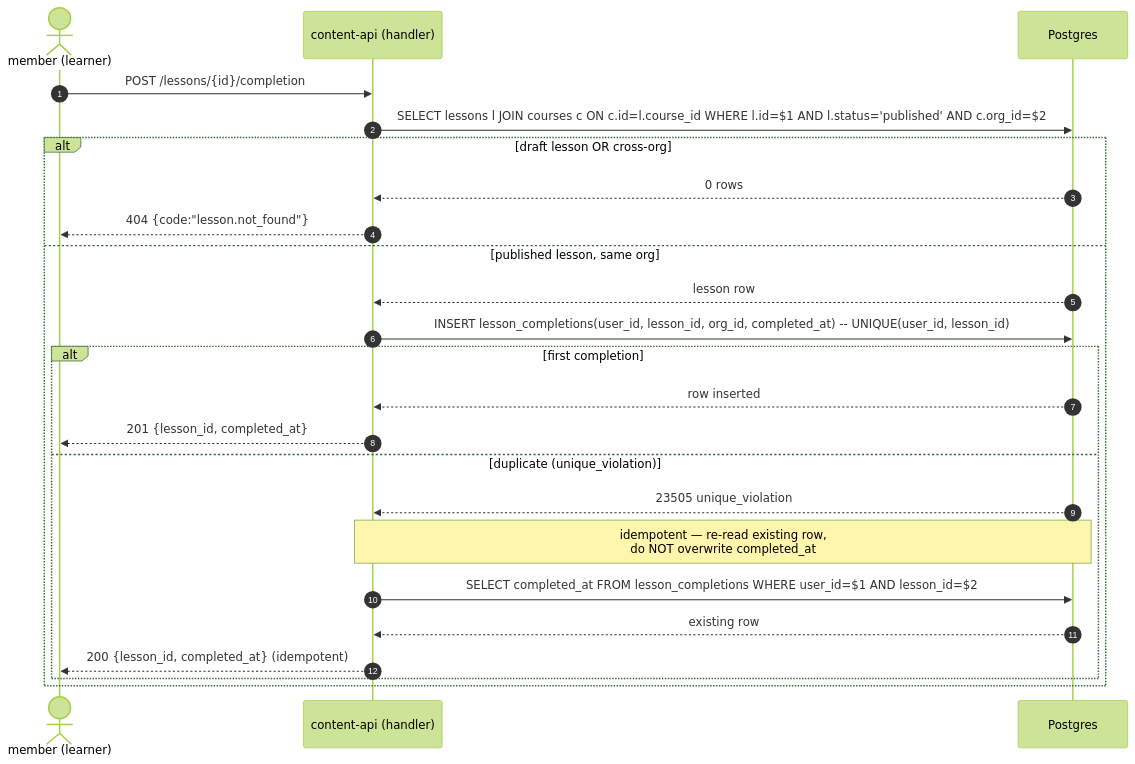
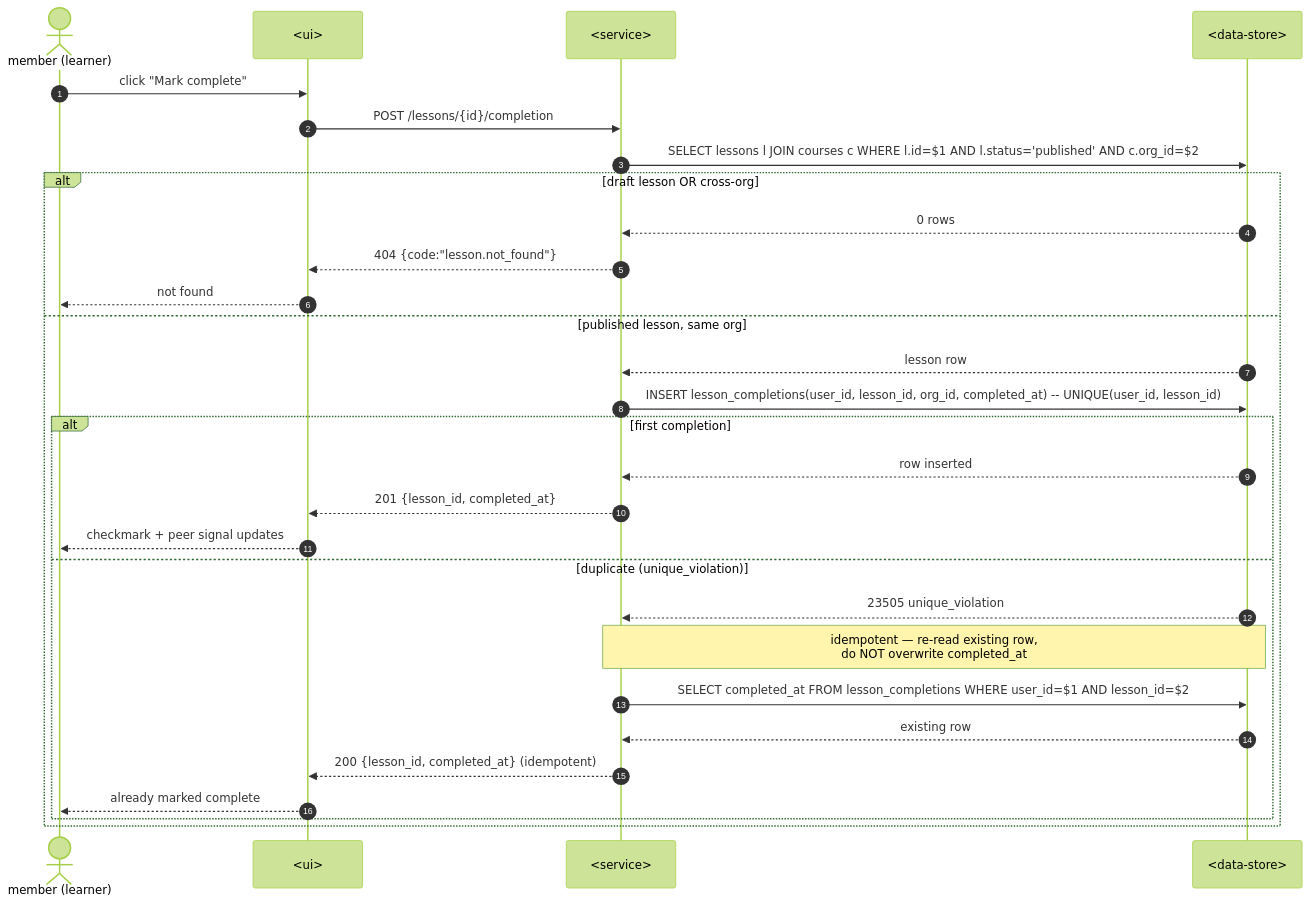
The eighth of 13 diagrams in modules/6-sdlc/sdlc/examples/course-lesson-mvp/sad.md (genkovich/agentic-engineering-course-public), drawn with Mermaid (forest theme) before and after one commit. The commit also changed other lines of this file and 139 other files, not shown here.

First line of the commit message:
sdlc: синк плагіна до v4.5.1 (21 skill, agents, map-architecture)

````diff
--- a/modules/6-sdlc/sdlc/examples/course-lesson-mvp/sad.md
+++ b/modules/6-sdlc/sdlc/examples/course-lesson-mvp/sad.md
@@ -346,28 +384,32 @@
 ```mermaid
 sequenceDiagram
     autonumber
     actor LRN as member (learner)
-    participant API as content-api (handler)
-    participant DB as Postgres
+    participant UI as <ui>
+    participant SVC as <service>
+    participant DS as <data-store>
 
-    %% TODO: align with openapi.yaml — POST /lessons/{id}/completion not yet in contract
-    LRN->>API: POST /lessons/{id}/completion
-    API->>DB: SELECT lessons l JOIN courses c ON c.id=l.course_id WHERE l.id=$1 AND l.status='published' AND c.org_id=$2
+    LRN->>UI: click "Mark complete"
+    UI->>SVC: POST /lessons/{id}/completion
+    SVC->>DS: SELECT lessons l JOIN courses c WHERE l.id=$1 AND l.status='published' AND c.org_id=$2
     alt draft lesson OR cross-org
-        DB-->>API: 0 rows
-        API-->>LRN: 404 {code:"lesson.not_found"}
+        DS-->>SVC: 0 rows
+        SVC-->>UI: 404 {code:"lesson.not_found"}
+        UI-->>LRN: not found
     else published lesson, same org
-        DB-->>API: lesson row
-        API->>DB: INSERT lesson_completions(user_id, lesson_id, org_id, completed_at) -- UNIQUE(user_id, lesson_id)
+        DS-->>SVC: lesson row
+        SVC->>DS: INSERT lesson_completions(user_id, lesson_id, org_id, completed_at) -- UNIQUE(user_id, lesson_id)
         alt first completion
-            DB-->>API: row inserted
-            API-->>LRN: 201 {lesson_id, completed_at}
+            DS-->>SVC: row inserted
+            SVC-->>UI: 201 {lesson_id, completed_at}
+            UI-->>LRN: checkmark + peer signal updates
         else duplicate (unique_violation)
-            DB-->>API: 23505 unique_violation
-            Note over API, DB: idempotent — re-read existing row,<br/>do NOT overwrite completed_at
-            API->>DB: SELECT completed_at FROM lesson_completions WHERE user_id=$1 AND lesson_id=$2
-            DB-->>API: existing row
-            API-->>LRN: 200 {lesson_id, completed_at} (idempotent)
+            DS-->>SVC: 23505 unique_violation
+            Note over SVC, DS: idempotent — re-read existing row,<br/>do NOT overwrite completed_at
+            SVC->>DS: SELECT completed_at FROM lesson_completions WHERE user_id=$1 AND lesson_id=$2
+            DS-->>SVC: existing row
+            SVC-->>UI: 200 {lesson_id, completed_at} (idempotent)
+            UI-->>LRN: already marked complete
         end
     end
 ```
````
